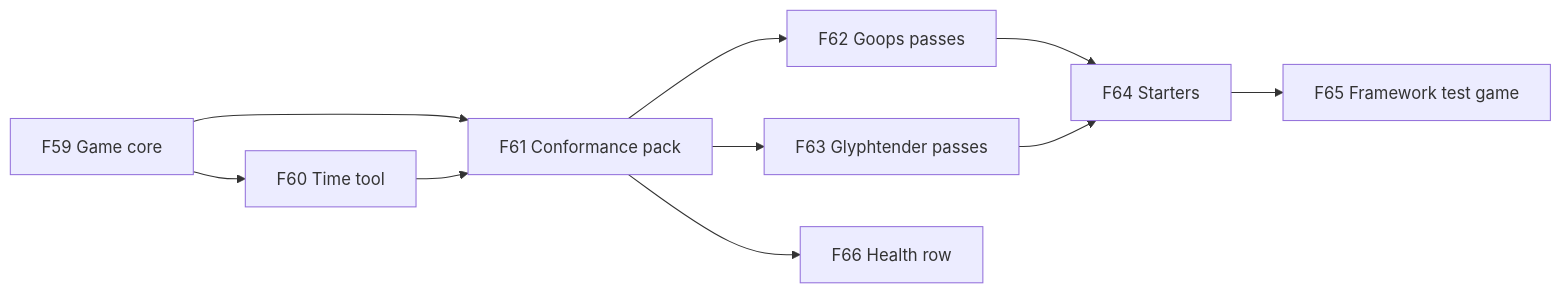
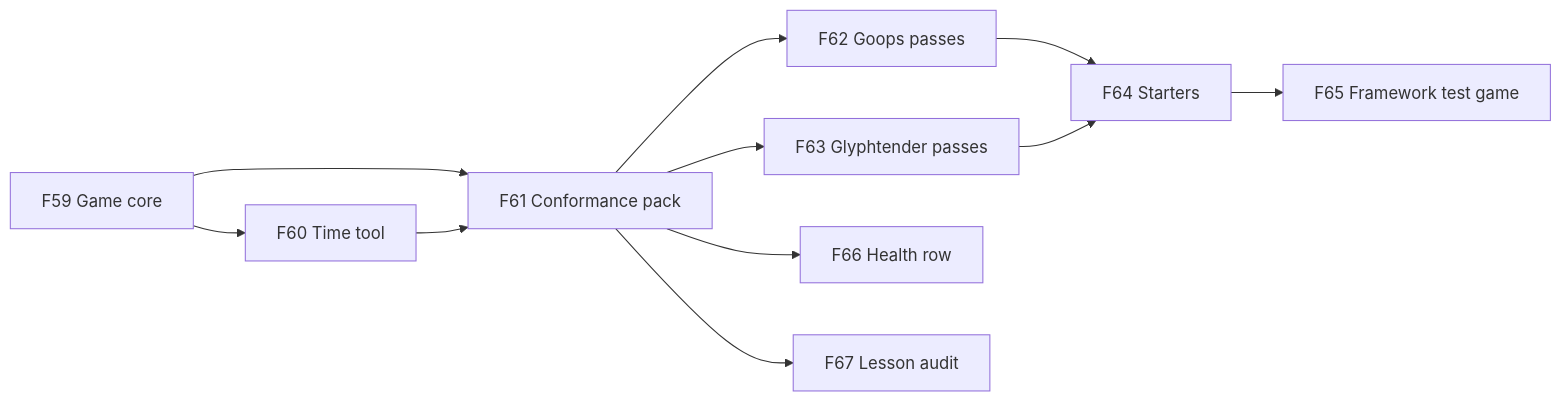
Before and after one commit to TheBlueMuzzy/framework: the seventh of 7 diagrams in .planning/ROADMAP.md, drawn with Mermaid. The commit also changed other lines of this file, not shown here.

Commit message:
v0.9: F67 lesson audit (checklists → code)

````diff
--- a/.planning/ROADMAP.md
+++ b/.planning/ROADMAP.md
@@ -147,12 +148,13 @@
 ```mermaid
 flowchart LR
   F59[F59 Game core] --> F60[F60 Time tool]
   F59 --> F61[F61 Conformance pack]
   F60 --> F61
   F61 --> F62[F62 Goops passes]
   F61 --> F63[F63 Glyphtender passes]
   F61 --> F66[F66 Health row]
+  F61 --> F67[F67 Lesson audit]
   F62 --> F64[F64 Starters]
   F63 --> F64
   F64 --> F65[F65 Framework test game]
 ```
````
